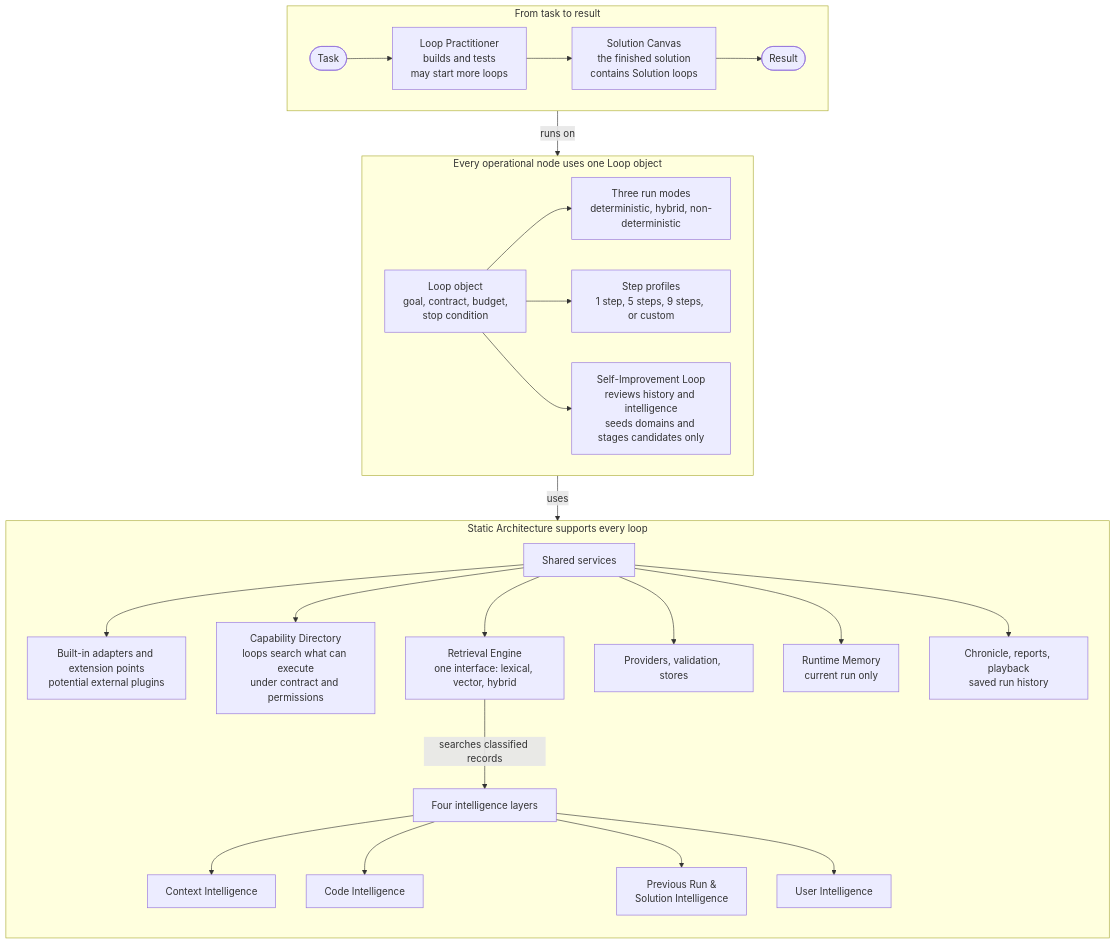
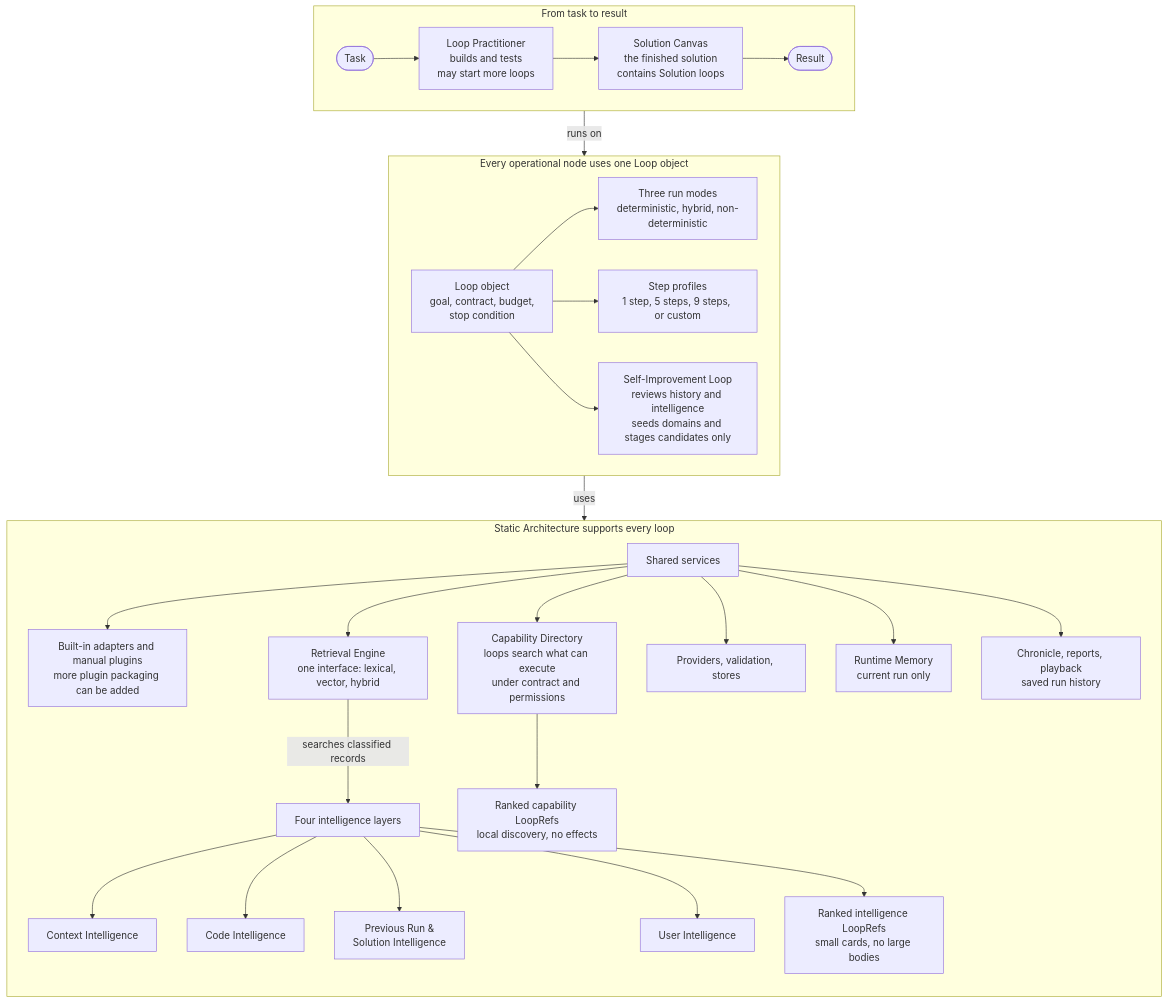
Before and after one commit to alisonjieli-png/loop-engine: the first of 2 diagrams in README.md, drawn with Mermaid. The commit also changed other lines of this file and 50 other files, not shown here.

Commit message:
feat: expand loop-native intelligence architecture

````diff
--- a/README.md
+++ b/README.md
@@ -20,36 +20,38 @@
 ```mermaid
 flowchart TB
     subgraph FLOW[From task to result]
         direction LR
         T([Task]) --> P[Loop Practitioner<br/>builds and tests<br/>may start more loops]
         P --> C[Solution Canvas<br/>the finished solution<br/>contains Solution loops]
         C --> R([Result])
     end
 
     subgraph RUNTIME[Every operational node uses one Loop object]
         direction LR
         L[Loop object<br/>goal, contract, budget,<br/>stop condition]
         L --> M[Three run modes<br/>deterministic, hybrid, non-deterministic]
         L --> SP[Step profiles<br/>1 step, 5 steps, 9 steps, or custom]
         L --> IMP[Self-Improvement Loop<br/>reviews history and intelligence<br/>seeds domains and stages candidates only]
     end
 
     subgraph STATIC[Static Architecture supports every loop]
         direction TB
         A[Shared services]
-        A --> PL[Built-in adapters and extension points<br/>potential external plugins]
+        A --> PL[Built-in adapters and manual plugins<br/>more plugin packaging can be added]
         A --> CD[Capability Directory<br/>loops search what can execute<br/>under contract and permissions]
         A --> RE[Retrieval Engine<br/>one interface: lexical, vector, hybrid]
         A --> PS[Providers, validation, stores]
         RE -->|searches classified records| I[Four intelligence layers]
         I --> CX[Context Intelligence]
         I --> CI[Code Intelligence]
         I --> HI[Previous Run &amp;<br/>Solution Intelligence]
         I --> UI[User Intelligence]
+        I --> IR[Ranked intelligence LoopRefs<br/>small cards, no large bodies]
+        CD --> CR[Ranked capability LoopRefs<br/>local discovery, no effects]
         A --> RM[Runtime Memory<br/>current run only]
         A --> CH[Chronicle, reports, playback<br/>saved run history]
     end
 
     FLOW -->|runs on| RUNTIME
     RUNTIME -->|uses| STATIC
 ```
````
